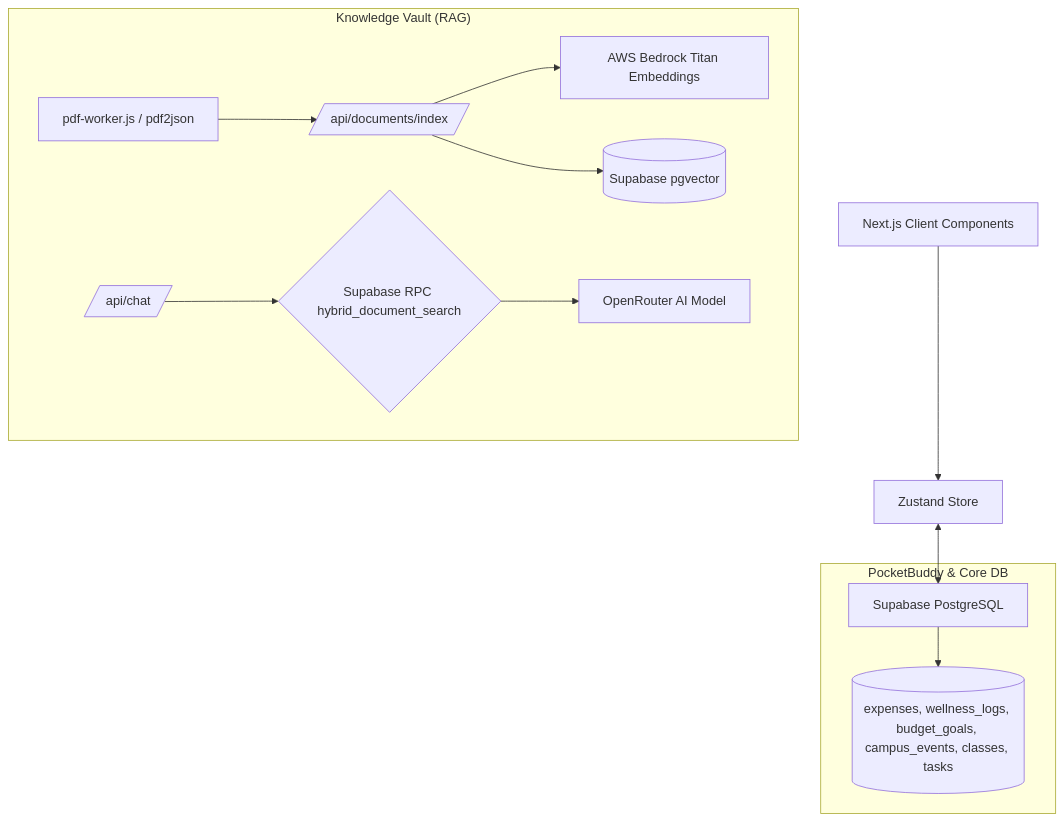
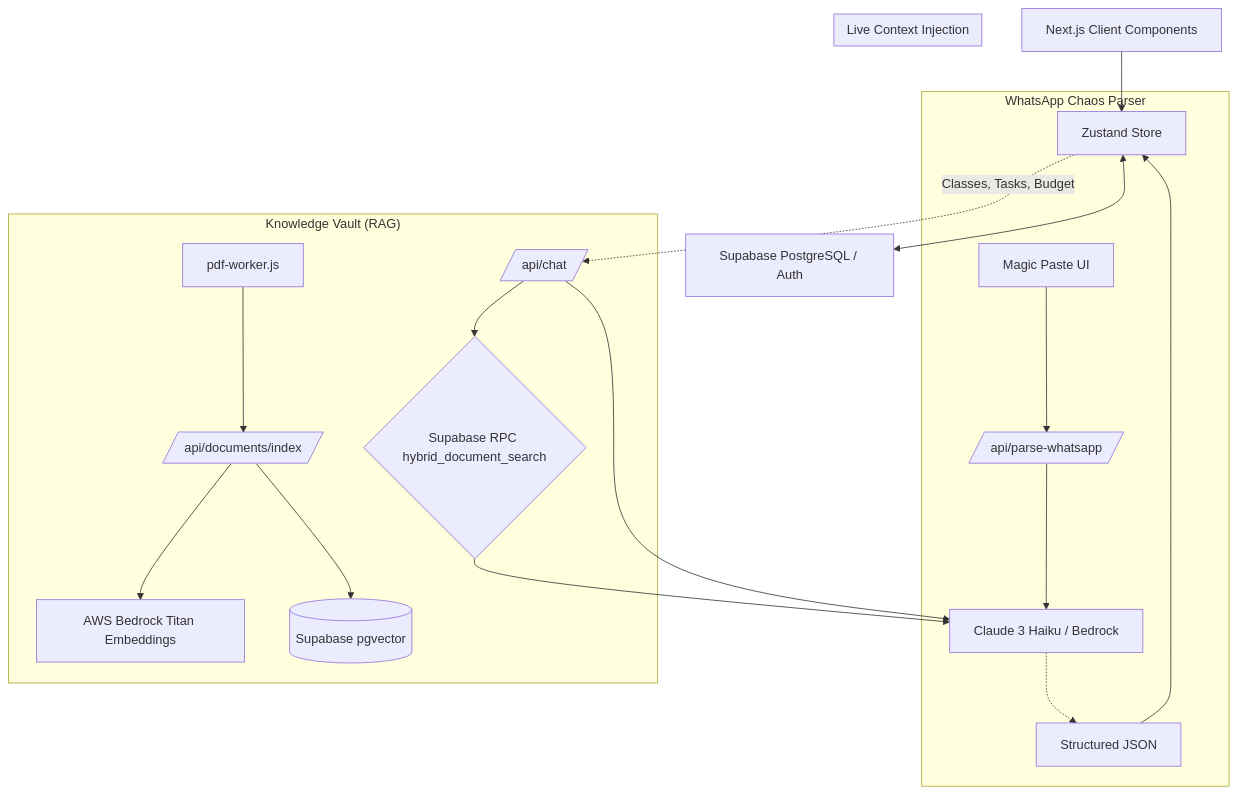
One commit to gaarushi11/CampusSphere-AI-Student-Operating-System changed the diagram in README.md. Above: the diagram before and after it, drawn with Mermaid. The commit also changed other lines of this file, not shown here.

````diff
--- a/README.md
+++ b/README.md
@@ -17,17 +79,25 @@
 ```mermaid
 graph TD
     Client[Next.js Client Components] --> Store[Zustand Store]
-    Store <--> Supabase[Supabase PostgreSQL]
+    Store <--> Supabase[Supabase PostgreSQL / Auth]
     
+    subgraph "WhatsApp Chaos Parser"
+        Paste[Magic Paste UI] --> ParseAPI[/api/parse-whatsapp/]
+        ParseAPI --> Claude[Claude 3 Haiku / Bedrock]
+        Claude -.-> JSON[Structured JSON]
+        JSON --> Store
+    end
+
     subgraph "Knowledge Vault (RAG)"
-        Worker[pdf-worker.js / pdf2json] --> IndexAPI[/api/documents/index/]
+        Worker[pdf-worker.js] --> IndexAPI[/api/documents/index/]
         IndexAPI --> Bedrock[AWS Bedrock Titan Embeddings]
         IndexAPI --> SupabaseVector[(Supabase pgvector)]
         ChatAPI[/api/chat/] --> HybridSearch{Supabase RPC hybrid_document_search}
-        HybridSearch --> OpenRouter[OpenRouter AI Model]
+        HybridSearch --> Claude
     end
     
-    subgraph "PocketBuddy & Core DB"
-        Supabase --> Tables[(expenses, wellness_logs, budget_goals, campus_events, classes, tasks)]
+    subgraph "Live Context Injection"
+        Store -. "Classes, Tasks, Budget" .-> ChatAPI
+        ChatAPI --> Claude
     end
 ```
````
